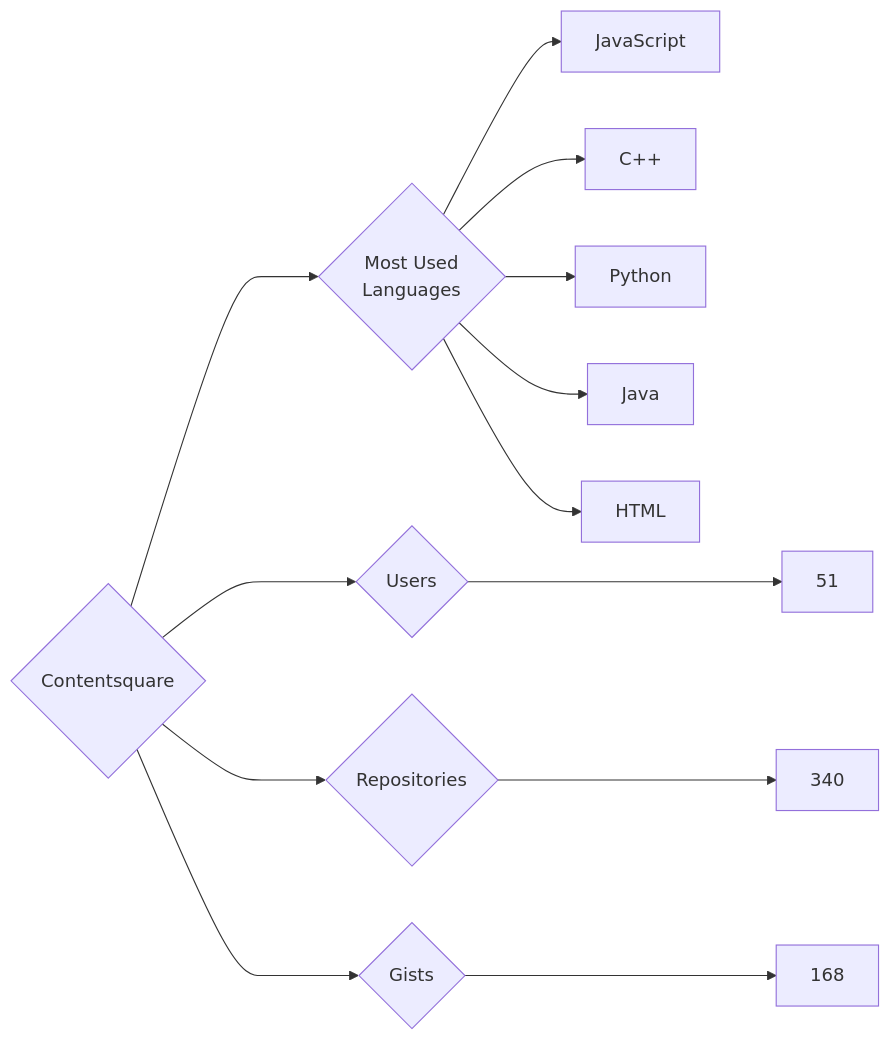
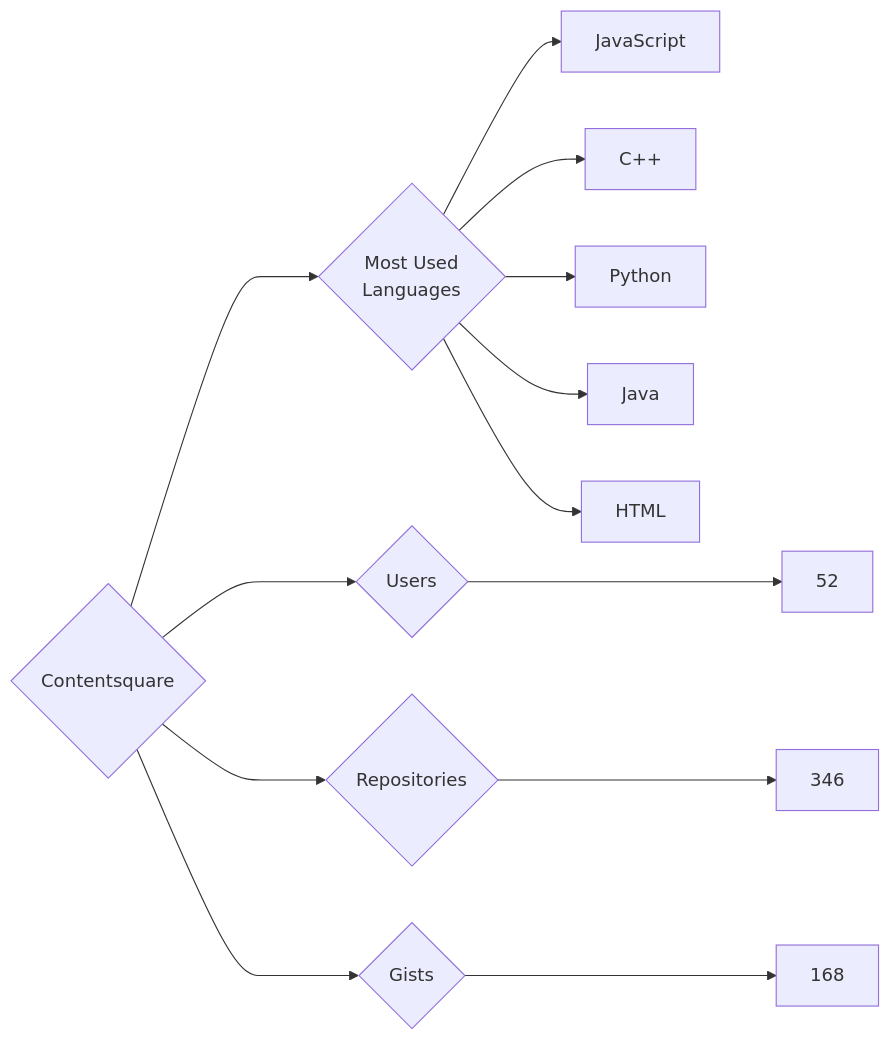
The diagram in targets/Contentsquare/README.md (trickest/insiders), drawn with Mermaid before and after one commit. The commit also changed 880 other files, not shown here.

````diff
--- a/targets/Contentsquare/README.md
+++ b/targets/Contentsquare/README.md
@@ -3,13 +3,13 @@
 ```mermaid
 graph LR
 COMPANY_NAME{Contentsquare}
-COMPANY_NAME ---> U{Users} ---> UN[51]
-COMPANY_NAME ---> R{Repositories} ---> RN[340]
+COMPANY_NAME ---> U{Users} ---> UN[52]
+COMPANY_NAME ---> R{Repositories} ---> RN[346]
 COMPANY_NAME ---> G{Gists} ---> GN[168]
 COMPANY_NAME ---> ML{Most Used<br>Languages}
 ML --> JavaScript[JavaScript]
 ML --> C++[C++]
 ML --> Python[Python]
 ML --> Java[Java]
 ML --> HTML[HTML]
 ```
````
